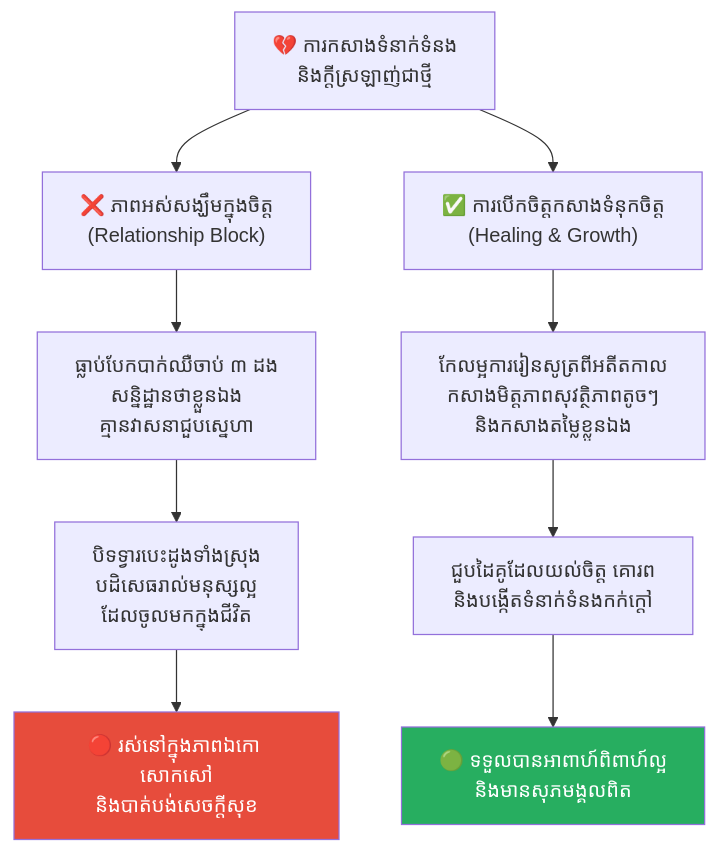
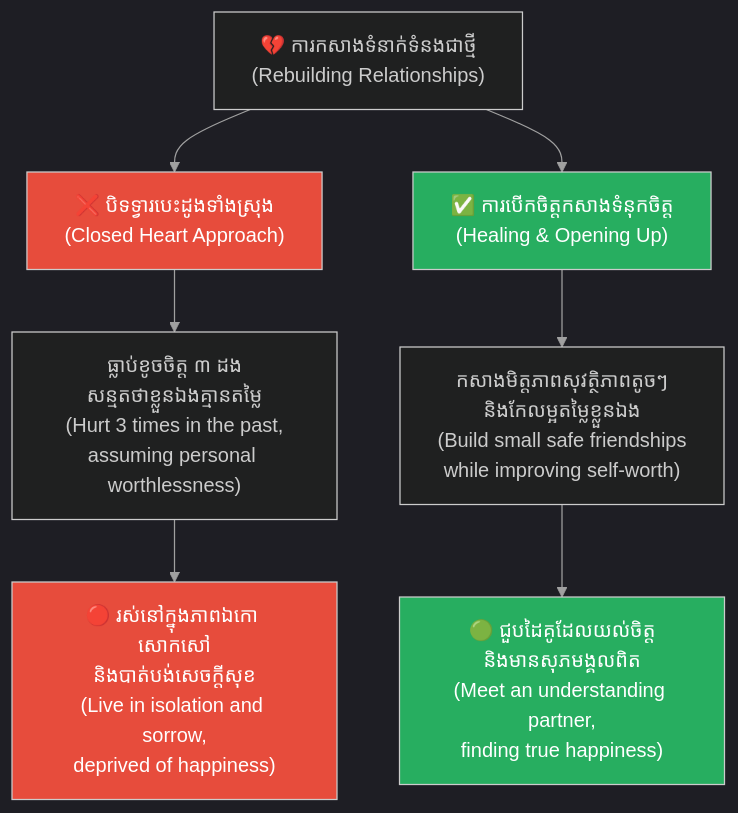
One commit to GuideStack/iblogger-feeds changed the fifth of 5 diagrams in feeds/concepts/articles/08-learned-helplessness.md. Above: the diagram before and after it, drawn with Mermaid. The commit also changed other lines of this file, not shown here.

Commit message:
docs: upgrade 08-learned-helplessness.md to bilingual layout and styled diagrams

````diff
--- a/feeds/concepts/articles/08-learned-helplessness.md
+++ b/feeds/concepts/articles/08-learned-helplessness.md
@@ -173,16 +273,25 @@
 ```mermaid
+%%{init: {
+  'theme': 'dark',
+  'themeVariables': {
+    'background': '#1e1e1e',
+    'primaryTextColor': '#ffffff',
+    'lineColor': '#a0a0a0'
+  },
+  'themeCSS': 'svg { background-color: #1e1e1e !important; padding: 1rem !important; border-radius: 8px !important; } .edgeLabel rect { fill: #1e1e1e !important; } text, tspan { fill: #ffffff !important; }'
+}}%%
 graph TD
-    A["💔 ការកសាងទំនាក់ទំនង<br/>និងក្តីស្រឡាញ់ជាថ្មី"] --> B1["❌ ភាពអស់សង្ឃឹមក្នុងចិត្ត<br/>(Relationship Block)"]
-    A --> B2["✅ ការបើកចិត្តកសាងទំនុកចិត្ត<br/>(Healing & Growth)"]
-    
-    B1 --> C1["ធ្លាប់បែកបាក់ឈឺចាប់ ៣ ដង<br/>សន្និដ្ឋានថាខ្លួនឯង<br/>គ្មានវាសនាជួបស្នេហា"]
-    C1 --> D1["បិទទ្វារបេះដូងទាំងស្រុង<br/>បដិសេធរាល់មនុស្សល្អ<br/>ដែលចូលមកក្នុងជីវិត"]
-    D1 --> E1["🔴 រស់នៅក្នុងភាពឯកោ សោកសៅ<br/>និងបាត់បង់សេចក្តីសុខ"]
-    
-    B2 --> C2["កែលម្អការរៀនសូត្រពីអតីតកាល<br/>កសាងមិត្តភាពសុវត្ថិភាពតូចៗ<br/>និងកសាងតម្លៃខ្លួនឯង"]
-    C2 --> D2["ជួបដៃគូដែលយល់ចិត្ត គោរព<br/>និងបង្កើតទំនាក់ទំនងកក់ក្តៅ"]
-    D2 --> E2["🟢 ទទួលបានអាពាហ៍ពិពាហ៍ល្អ<br/>និងមានសុភមង្គលពិត"]
+    A["💔 ការកសាងទំនាក់ទំនងជាថ្មី<br/>(Rebuilding Relationships)"] --> B1["❌ បិទទ្វារបេះដូងទាំងស្រុង<br/>(Closed Heart Approach)"]
+    A --> B2["✅ ការបើកចិត្តកសាងទំនុកចិត្ត<br/>(Healing & Opening Up)"]
 
-    style E1 fill:#e74c3c,color:#fff
-    style E2 fill:#27ae60,color:#fff
+    B1 --> C1["ធ្លាប់ខូចចិត្ត ៣ ដង<br/>សន្មតថាខ្លួនឯងគ្មានតម្លៃ<br/>(Hurt 3 times in the past,<br/>assuming personal worthlessness)"]
+    C1 --> D1["🔴 រស់នៅក្នុងភាពឯកោ សោកសៅ<br/>និងបាត់បង់សេចក្តីសុខ<br/>(Live in isolation and sorrow,<br/>deprived of happiness)"]
+
+    B2 --> C2["កសាងមិត្តភាពសុវត្ថិភាពតូចៗ<br/>និងកែលម្អតម្លៃខ្លួនឯង<br/>(Build small safe friendships<br/>while improving self-worth)"]
+    C2 --> D2["🟢 ជួបដៃគូដែលយល់ចិត្ត<br/>និងមានសុភមង្គលពិត<br/>(Meet an understanding partner,<br/>finding true happiness)"]
+
+    style B1 fill:#e74c3c,color:#fff
+    style B2 fill:#27ae60,color:#fff
+    style D1 fill:#e74c3c,color:#fff
+    style D2 fill:#27ae60,color:#fff
 ```
````
